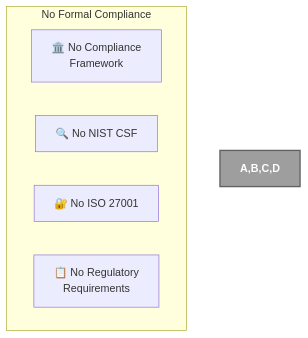
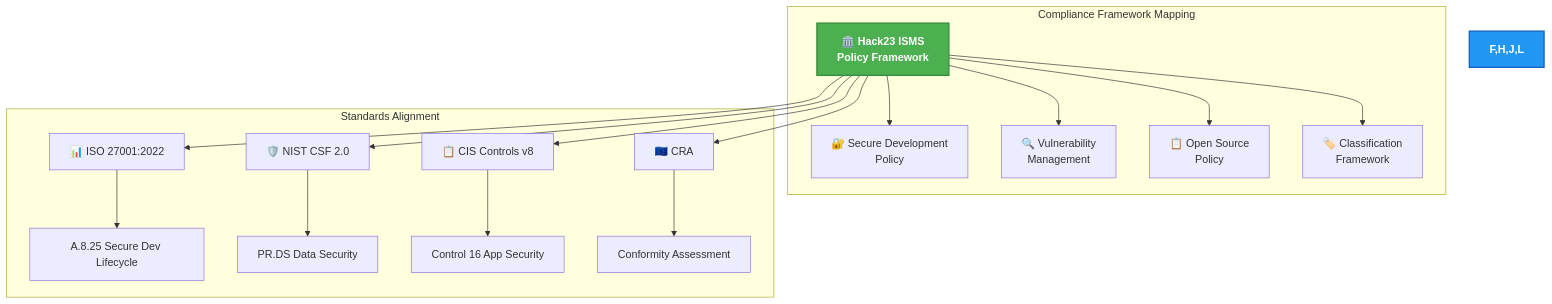
Diagram 21 of 32 in docs/architecture/SECURITY_ARCHITECTURE.md (Hack23/cia-compliance-manager), drawn with Mermaid before and after one commit. The commit also changed other lines of this file, not shown here.

First line of the commit message:
docs: update SECURITY_ARCHITECTURE.md with ISMS mandatory sections and policy references

````diff
--- a/docs/architecture/SECURITY_ARCHITECTURE.md
+++ b/docs/architecture/SECURITY_ARCHITECTURE.md
@@ -1388,11 +1425,24 @@
 ```mermaid
 graph TD
-    subgraph "No Formal Compliance"
-        A[🏛️ No Compliance<br>Framework]
-        B[🔍 No NIST CSF]
-        C[🔐 No ISO 27001]
-        D[📋 No Regulatory<br>Requirements]
+    subgraph "Compliance Framework Mapping"
+        A[🏛️ Hack23 ISMS<br>Policy Framework] --> B[🔐 Secure Development<br>Policy]
+        A --> C[🔍 Vulnerability<br>Management]
+        A --> D[📋 Open Source<br>Policy]
+        A --> E[🏷️ Classification<br>Framework]
     end
 
-    style A,B,C,D fill:#9E9E9E,stroke:#616161,stroke-width:2px,color:white,font-weight:bold
+    subgraph "Standards Alignment"
+        F[📊 ISO 27001:2022] --> G[A.8.25 Secure Dev Lifecycle]
+        H[🛡️ NIST CSF 2.0] --> I[PR.DS Data Security]
+        J[📋 CIS Controls v8] --> K[Control 16 App Security]
+        L[🇪🇺 CRA] --> M[Conformity Assessment]
+    end
+
+    A --> F
+    A --> H
+    A --> J
+    A --> L
+
+    style A fill:#4CAF50,stroke:#388E3C,stroke-width:2px,color:white,font-weight:bold
+    style F,H,J,L fill:#2196F3,stroke:#1565C0,stroke-width:2px,color:white,font-weight:bold
 ```
````
